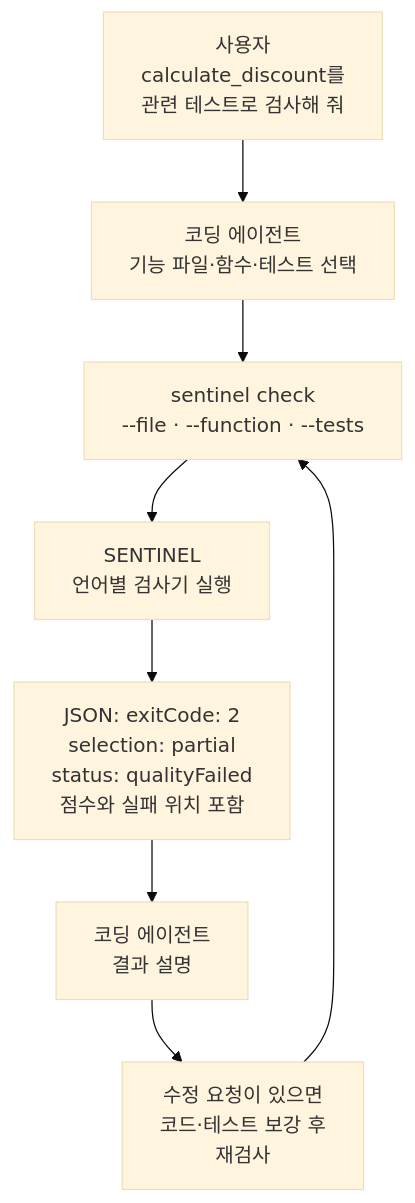
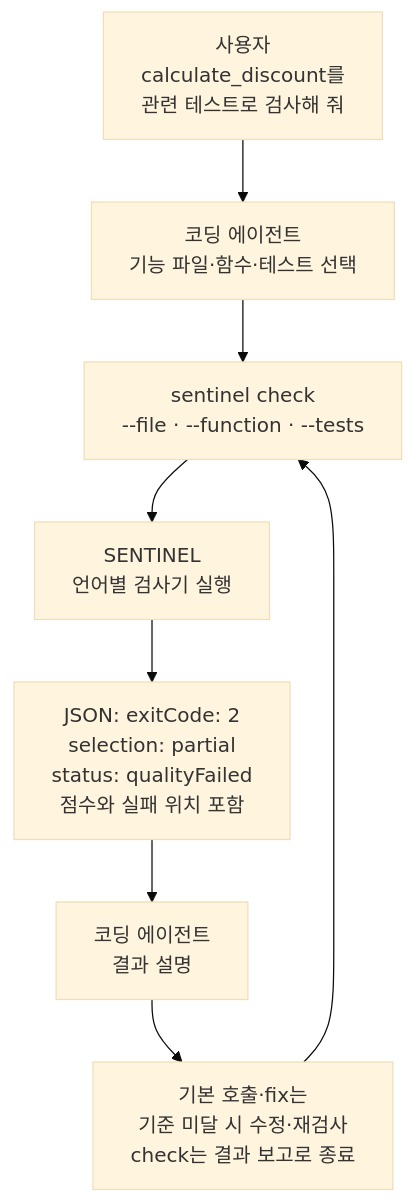
One commit to hwain-ai/SENTINEL changed the diagram in README.md. Above: the diagram before and after it, drawn with Mermaid (base theme). The commit also changed other lines of this file and 19 other files, not shown here.

````diff
--- a/README.md
+++ b/README.md
@@ -30,12 +30,12 @@
 ```mermaid
 flowchart TD
     U["사용자<br/>calculate_discount를<br/>관련 테스트로 검사해 줘"]
     A["코딩 에이전트<br/>기능 파일·함수·테스트 선택"]
     C["sentinel check<br/>--file · --function · --tests"]
     S["SENTINEL<br/>언어별 검사기 실행"]
     J["JSON: exitCode: 2<br/>selection: partial<br/>status: qualityFailed<br/>점수와 실패 위치 포함"]
     R["코딩 에이전트<br/>결과 설명"]
-    F["수정 요청이 있으면<br/>코드·테스트 보강 후<br/>재검사"]
+    F["기본 호출·fix는<br/>기준 미달 시 수정·재검사<br/>check는 결과 보고로 종료"]
     U --> A --> C --> S --> J --> R
     R --> F --> C
 ```
````
